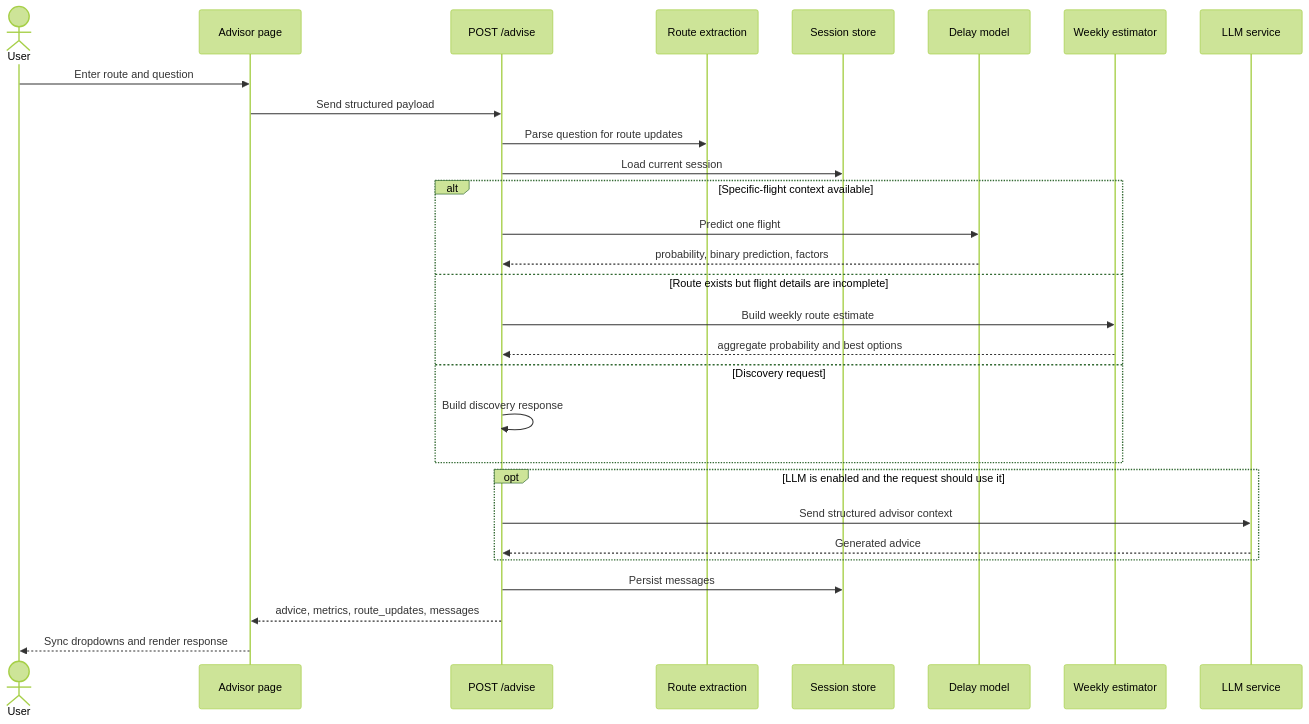
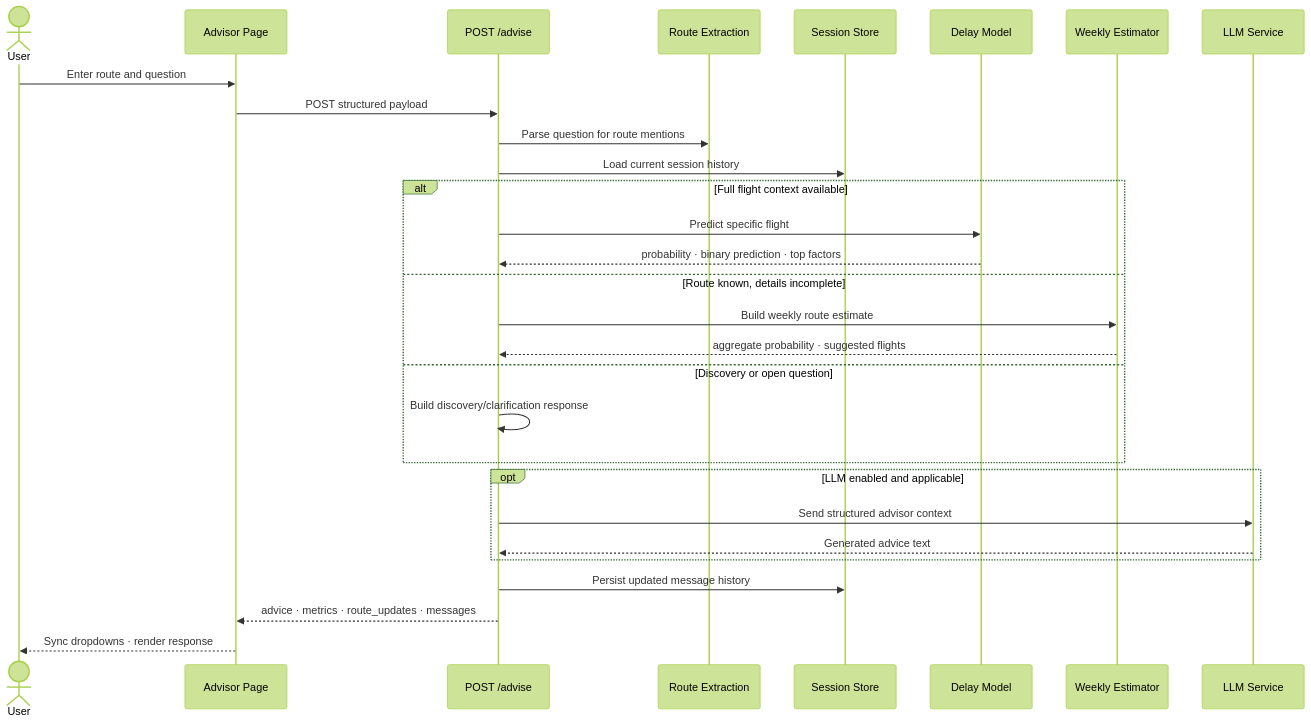
One commit to GuilhermeLossio/Tech-Challange-FIAP-3 changed the second of 2 diagrams in PROTOTYPE.md. Above: the diagram before and after it, drawn with Mermaid (forest theme). The commit also changed other lines of this file, not shown here.

````diff
--- a/PROTOTYPE.md
+++ b/PROTOTYPE.md
@@ -66,35 +71,35 @@
 ```mermaid
 sequenceDiagram
     actor U as User
-    participant UI as Advisor page
+    participant UI as Advisor Page
     participant A as POST /advise
-    participant R as Route extraction
-    participant S as Session store
-    participant M as Delay model
-    participant W as Weekly estimator
-    participant L as LLM service
+    participant R as Route Extraction
+    participant S as Session Store
+    participant M as Delay Model
+    participant W as Weekly Estimator
+    participant L as LLM Service
 
     U->>UI: Enter route and question
-    UI->>A: Send structured payload
-    A->>R: Parse question for route updates
-    A->>S: Load current session
+    UI->>A: POST structured payload
+    A->>R: Parse question for route mentions
+    A->>S: Load current session history
 
-    alt Specific-flight context available
-        A->>M: Predict one flight
-        M-->>A: probability, binary prediction, factors
-    else Route exists but flight details are incomplete
+    alt Full flight context available
+        A->>M: Predict specific flight
+        M-->>A: probability · binary prediction · top factors
+    else Route known, details incomplete
         A->>W: Build weekly route estimate
-        W-->>A: aggregate probability and best options
-    else Discovery request
-        A->>A: Build discovery response
+        W-->>A: aggregate probability · suggested flights
+    else Discovery or open question
+        A->>A: Build discovery/clarification response
     end
 
-    opt LLM is enabled and the request should use it
+    opt LLM enabled and applicable
         A->>L: Send structured advisor context
-        L-->>A: Generated advice
+        L-->>A: Generated advice text
     end
 
-    A->>S: Persist messages
-    A-->>UI: advice, metrics, route_updates, messages
-    UI-->>U: Sync dropdowns and render response
+    A->>S: Persist updated message history
+    A-->>UI: advice · metrics · route_updates · messages
+    UI-->>U: Sync dropdowns · render response
 ```
````
